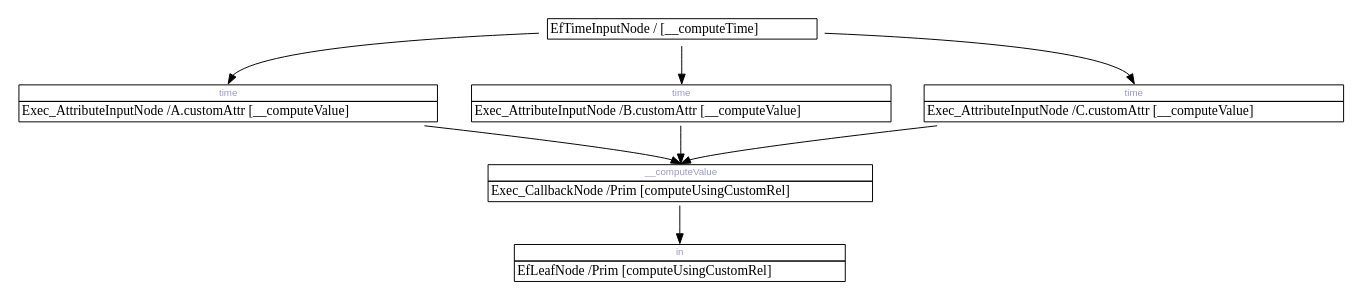
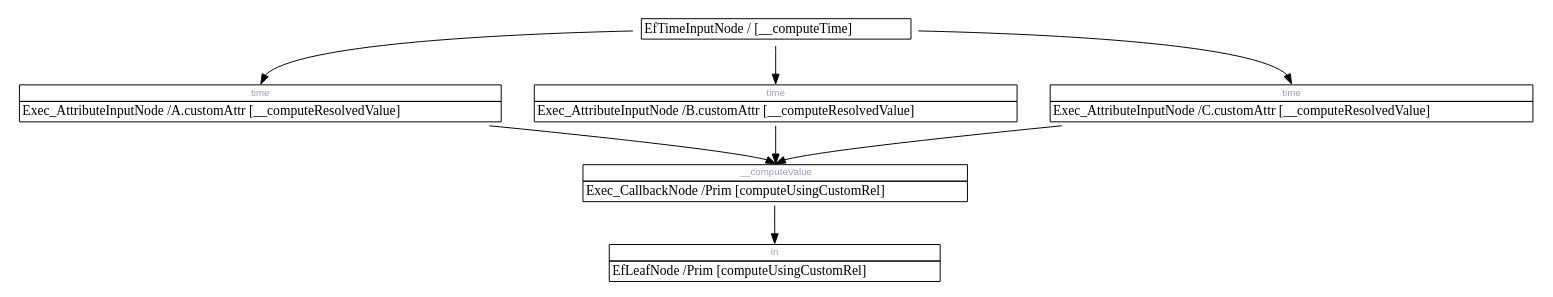
One commit to cpichard/USD changed the diagram in pxr/exec/execUsd/testenv/testExecUsdRecompilation/baseline/TestRecompileChangedRelationshipTargets-4.dot. Above: the diagram before and after it, drawn with Graphviz. The commit also changed 45 other files, not shown here.

First line of the commit message:
OpenExec: Introduce attribute expressions

```diff
--- a/pxr/exec/execUsd/testenv/testExecUsdRecompilation/baseline/TestRecompileChangedRelationshipTargets-4.dot
+++ b/pxr/exec/execUsd/testenv/testExecUsdRecompilation/baseline/TestRecompileChangedRelationshipTargets-4.dot
@@ -1,47 +1,47 @@
 digraph network {
 	rankdir=TB;
 	page="8.5, 11";
 
 	node [shape=plaintext];
 		"0x7f831d8d2d70" [label=<
 		<TABLE BORDER="0" CELLBORDER="1" CELLSPACING="0">
 			<TR><TD COLSPAN="1"> EfTimeInputNode / [__computeTime] </TD></TR>
 		</TABLE>>];
 	node [shape=plaintext];
 		"0x7f8320a09460" [label=<
 		<TABLE BORDER="0" CELLBORDER="1" CELLSPACING="0">
 			<TR><TD PORT="0x7f8320b1f4e0" COLSPAN="1"><FONT POINT-SIZE="10" FACE="Arial" COLOR="#9999cc">__computeValue</FONT></TD></TR>
 			<TR><TD COLSPAN="1"> Exec_CallbackNode /Prim [computeUsingCustomRel] </TD></TR>
 		</TABLE>>];
 	node [shape=plaintext];
 		"0x7f8320a6e030" [label=<
 		<TABLE BORDER="0" CELLBORDER="1" CELLSPACING="0">
 			<TR><TD PORT="0x7f8317461a20" COLSPAN="1"><FONT POINT-SIZE="10" FACE="Arial" COLOR="#9999cc">in</FONT></TD></TR>
 			<TR><TD COLSPAN="1"> EfLeafNode /Prim [computeUsingCustomRel] </TD></TR>
 		</TABLE>>];
 	node [shape=plaintext];
 		"0x7f8321a2a600" [label=<
 		<TABLE BORDER="0" CELLBORDER="1" CELLSPACING="0">
 			<TR><TD PORT="0x7f8321ab63e0" COLSPAN="1"><FONT POINT-SIZE="10" FACE="Arial" COLOR="#9999cc">time</FONT></TD></TR>
-			<TR><TD COLSPAN="1"> Exec_AttributeInputNode /A.customAttr [__computeValue] </TD></TR>
+			<TR><TD COLSPAN="1"> Exec_AttributeInputNode /A.customAttr [__computeResolvedValue] </TD></TR>
 		</TABLE>>];
 	node [shape=plaintext];
 		"0x7f8317e84000" [label=<
 		<TABLE BORDER="0" CELLBORDER="1" CELLSPACING="0">
 			<TR><TD PORT="0x7f8316311750" COLSPAN="1"><FONT POINT-SIZE="10" FACE="Arial" COLOR="#9999cc">time</FONT></TD></TR>
-			<TR><TD COLSPAN="1"> Exec_AttributeInputNode /B.customAttr [__computeValue] </TD></TR>
+			<TR><TD COLSPAN="1"> Exec_AttributeInputNode /B.customAttr [__computeResolvedValue] </TD></TR>
 		</TABLE>>];
 	node [shape=plaintext];
 		"0x7f831be2b300" [label=<
 		<TABLE BORDER="0" CELLBORDER="1" CELLSPACING="0">
 			<TR><TD PORT="0x7f8318a0e6e0" COLSPAN="1"><FONT POINT-SIZE="10" FACE="Arial" COLOR="#9999cc">time</FONT></TD></TR>
-			<TR><TD COLSPAN="1"> Exec_AttributeInputNode /C.customAttr [__computeValue] </TD></TR>
+			<TR><TD COLSPAN="1"> Exec_AttributeInputNode /C.customAttr [__computeResolvedValue] </TD></TR>
 		</TABLE>>];
 		"0x7f8321a2a600" -> "0x7f8320a09460":"0x7f8320b1f4e0":n;
 		"0x7f8317e84000" -> "0x7f8320a09460":"0x7f8320b1f4e0":n;
 		"0x7f831be2b300" -> "0x7f8320a09460":"0x7f8320b1f4e0":n;
 		"0x7f8320a09460" -> "0x7f8320a6e030":"0x7f8317461a20":n;
 		"0x7f831d8d2d70" -> "0x7f8321a2a600":"0x7f8321ab63e0":n;
 		"0x7f831d8d2d70" -> "0x7f8317e84000":"0x7f8316311750":n;
 		"0x7f831d8d2d70" -> "0x7f831be2b300":"0x7f8318a0e6e0":n;
 }
```
